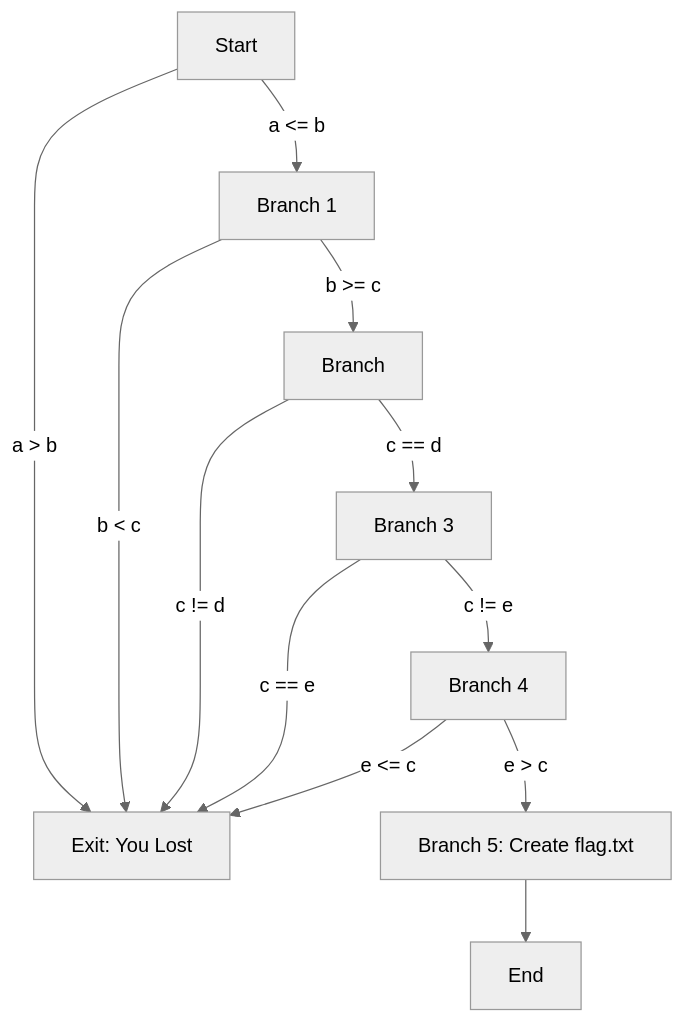
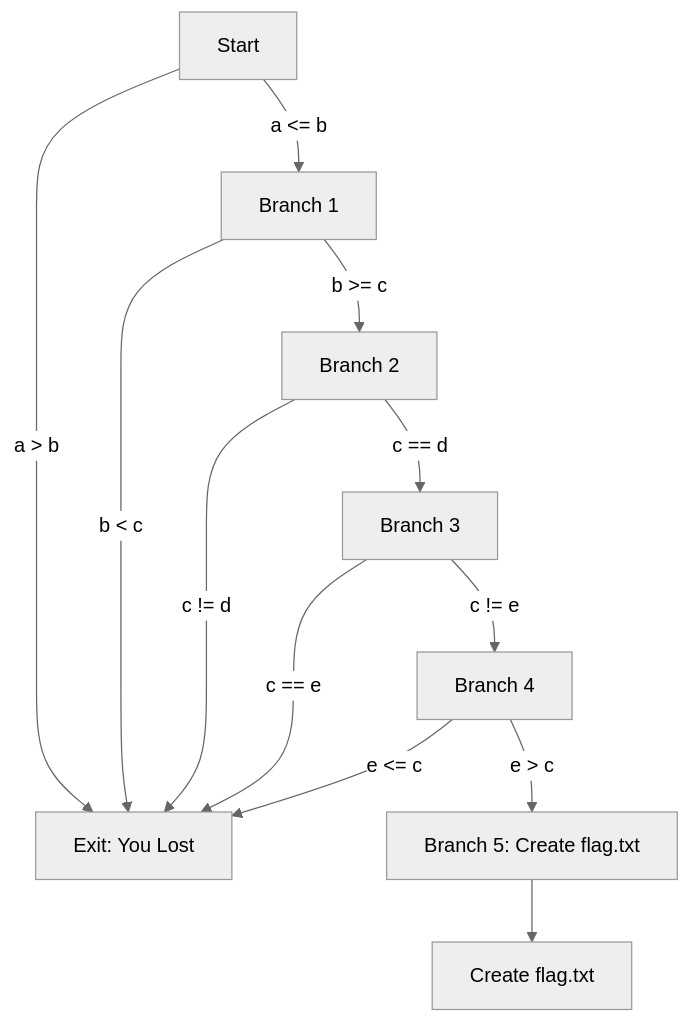
One commit to dbissell6/DFIR changed the diagram in Malware_Analysis_Basics.md. Above: the diagram before and after it, drawn with Mermaid (neutral theme).

````diff
--- a/Malware_Analysis_Basics.md
+++ b/Malware_Analysis_Basics.md
@@ -21,14 +21,14 @@
 ```mermaid
 graph TD;
     A[Start] -->|a <= b| B[Branch 1]
     A -->|a > b| X[Exit: You Lost]
-    B -->|b >= c| C[Branch ]
+    B -->|b >= c| C[Branch 2]
     B -->|b < c| X[Exit: You Lost 2]
     C -->|c == d| D[Branch 3]
     C -->|c != d| X[Exit: You Lost 3]
     D -->|c != e| E[Branch 4]
     D -->|c == e| X[Exit: You Lost 4]
     E -->|e > c| F[Branch 5: Create flag.txt]
     E -->|e <= c| X[Exit: You Lost]
-    F --> G[End]
+    F --> G[Create flag.txt]
 ```
````
